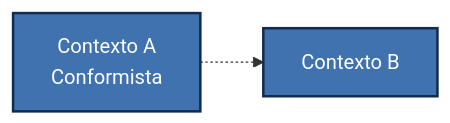
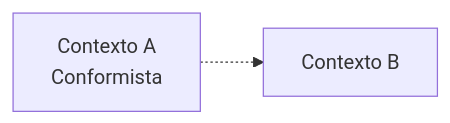
One commit to aialphanovatide/software-architecture-guide changed the ninth of 11 diagrams in docs/ddd/bounded-contexts.md. Above: the diagram before and after it, drawn with Mermaid. The commit also changed other lines of this file and 8 other files, not shown here.

````diff
--- a/docs/ddd/bounded-contexts.md
+++ b/docs/ddd/bounded-contexts.md
@@ -385,7 +333,4 @@
 ```mermaid
 graph LR
     A[Contexto A<br>Conformista] -.-> B[Contexto B]
-    
-    style A fill:#3f72af,stroke:#112d4e,stroke-width:2px,color:#ffffff
-    style B fill:#3f72af,stroke:#112d4e,stroke-width:2px,color:#ffffff
 ```
````
